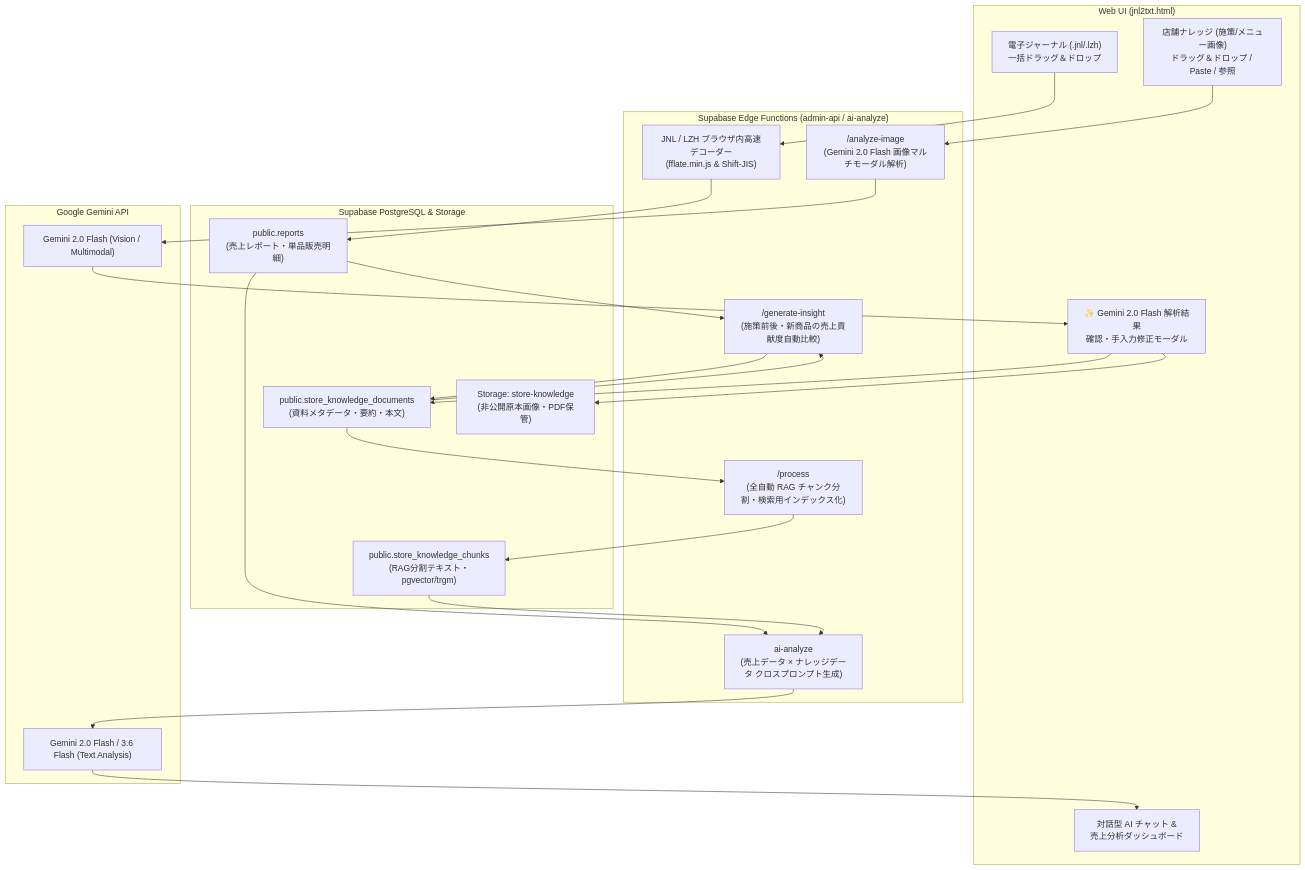
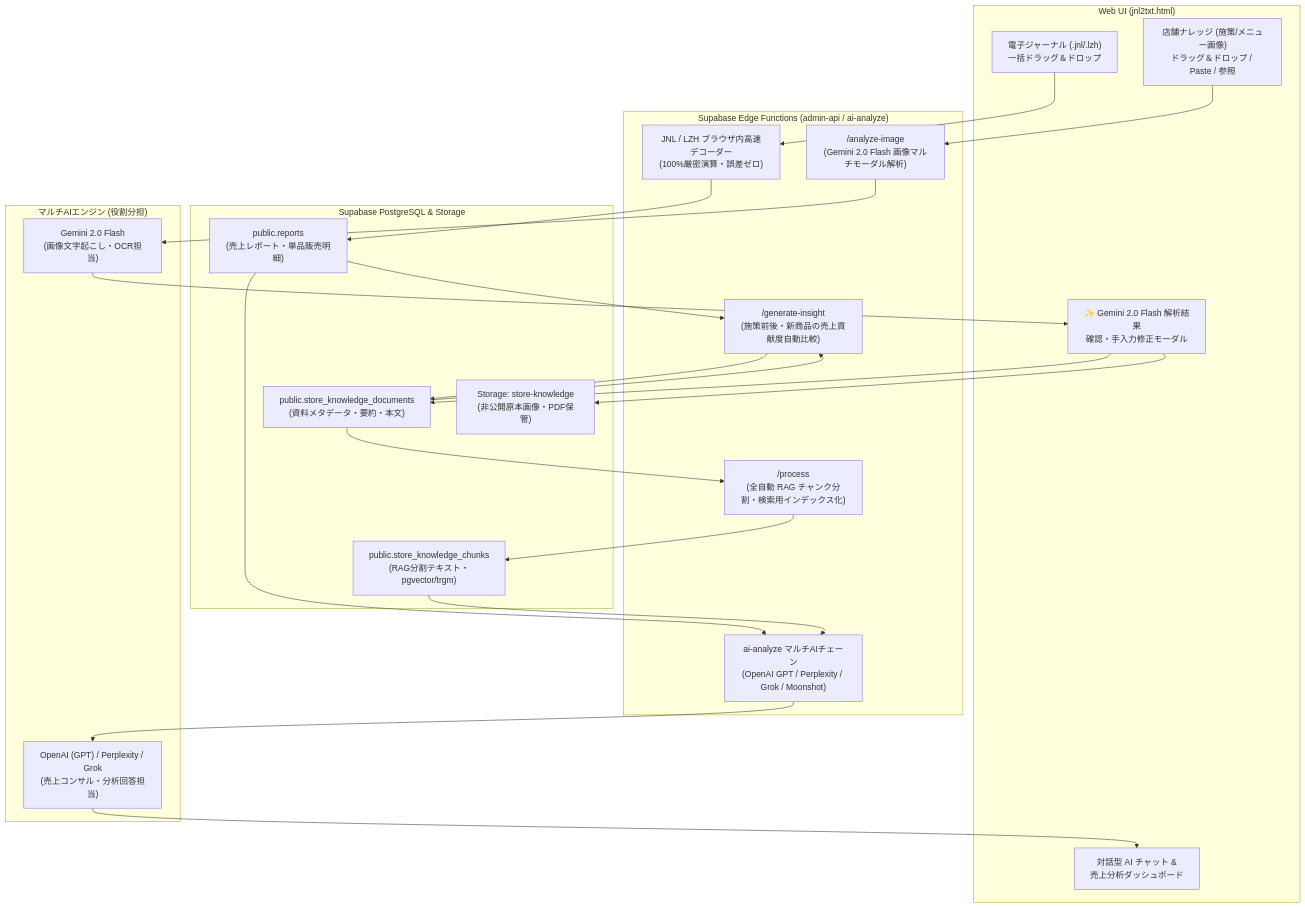
One commit to MARUGO-s/line_report changed the diagram in SYSTEM_ARCHITECTURE_OVERVIEW.md. Above: the diagram before and after it, drawn with Mermaid. The commit also changed other lines of this file, not shown here.

Commit message:
docs: Update SYSTEM_ARCHITECTURE_OVERVIEW.md with AI role division, smart matching, and exact calculation design

````diff
--- a/SYSTEM_ARCHITECTURE_OVERVIEW.md
+++ b/SYSTEM_ARCHITECTURE_OVERVIEW.md
@@ -9,38 +9,38 @@
 ```mermaid
 flowchart TD
     subgraph フロントエンド ["Web UI (jnl2txt.html)"]
         UI_JNL["電子ジャーナル (.jnl/.lzh)\n一括ドラッグ＆ドロップ"]
         UI_KNOWLEDGE["店舗ナレッジ (施策/メニュー画像)\nドラッグ＆ドロップ / Paste / 参照"]
         UI_MODAL["✨ Gemini 2.0 Flash 解析結果\n確認・手入力修正モーダル"]
         UI_CHAT["対話型 AI チャット & \n売上分析ダッシュボード"]
     end
 
     subgraph バックエンド ["Supabase Edge Functions (admin-api / ai-analyze)"]
-        API_PARSER["JNL / LZH ブラウザ内高速デコーダー\n(fflate.min.js & Shift-JIS)"]
+        API_PARSER["JNL / LZH ブラウザ内高速デコーダー\n(100%厳密演算・誤差ゼロ)"]
         API_VISION["/analyze-image\n(Gemini 2.0 Flash 画像マルチモーダル解析)"]
         API_RAG["/process\n(全自動 RAG チャンク分割・検索用インデックス化)"]
         API_INSIGHT["/generate-insight\n(施策前後・新商品の売上貢献度自動比較)"]
-        API_GEMINI["ai-analyze\n(売上データ × ナレッジデータ クロスプロンプト生成)"]
+        API_AI_CHAIN["ai-analyze マルチAIチェーン\n(OpenAI GPT / Perplexity / Grok / Moonshot)"]
     end
 
     subgraph データベース ["Supabase PostgreSQL & Storage"]
         DB_DOCS["public.store_knowledge_documents\n(資料メタデータ・要約・本文)"]
         DB_CHUNKS["public.store_knowledge_chunks\n(RAG分割テキスト・pgvector/trgm)"]
         DB_REPORTS["public.reports\n(売上レポート・単品販売明細)"]
         STORAGE_BUCKET["Storage: store-knowledge\n(非公開原本画像・PDF保管)"]
     end
 
-    subgraph 外部AI ["Google Gemini API"]
-        GEMINI_VISION["Gemini 2.0 Flash (Vision / Multimodal)"]
-        GEMINI_TEXT["Gemini 2.0 Flash / 3.6 Flash (Text Analysis)"]
+    subgraph 外部AI ["マルチAIエンジン (役割分担)"]
+        GEMINI_VISION["Gemini 2.0 Flash\n(画像文字起こし・OCR担当)"]
+        MAIN_AI_CHAIN["OpenAI (GPT) / Perplexity / Grok\n(売上コンサル・分析回答担当)"]
     end
 
     %% データフロー
     UI_JNL --> API_PARSER --> DB_REPORTS
     UI_KNOWLEDGE --> API_VISION --> GEMINI_VISION
     GEMINI_VISION --> UI_MODAL --> DB_DOCS & STORAGE_BUCKET
     DB_DOCS --> API_RAG --> DB_CHUNKS
-    DB_REPORTS & DB_CHUNKS --> API_GEMINI --> GEMINI_TEXT
-    GEMINI_TEXT --> UI_CHAT
+    DB_REPORTS & DB_CHUNKS --> API_AI_CHAIN --> MAIN_AI_CHAIN
+    MAIN_AI_CHAIN --> UI_CHAT
     DB_REPORTS & DB_DOCS --> API_INSIGHT --> DB_DOCS
 ```
````
